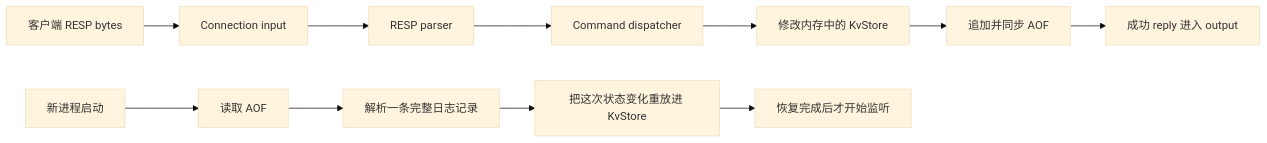
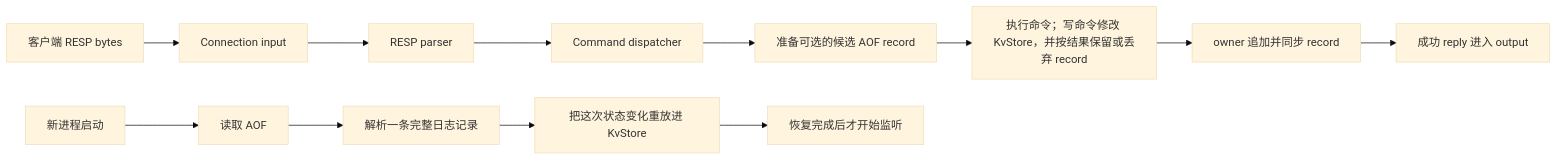
One commit to FxorG00/system-learning-notes changed the first of 2 diagrams in week14/week14.md. Above: the diagram before and after it, drawn with Mermaid (base theme). The commit also changed other lines of this file and 5 other files, not shown here.

````diff
--- a/week14/week14.md
+++ b/week14/week14.md
@@ -75,14 +75,15 @@
 ```mermaid
 flowchart LR
     A["客户端 RESP bytes"] --> B["Connection input"]
     B --> C["RESP parser"]
     C --> D["Command dispatcher"]
-    D --> E["修改内存中的 KvStore"]
-    E --> F["追加并同步 AOF"]
-    F --> G["成功 reply 进入 output"]
+    D --> E["准备可选的候选 AOF record"]
+    E --> F["执行命令；写命令修改 KvStore，并按结果保留或丢弃 record"]
+    F --> G["owner 追加并同步 record"]
+    G --> M["成功 reply 进入 output"]
 
     H["新进程启动"] --> I["读取 AOF"]
     I --> J["解析一条完整日志记录"]
     J --> K["把这次状态变化重放进 KvStore"]
     K --> L["恢复完成后才开始监听"]
 ```
````
